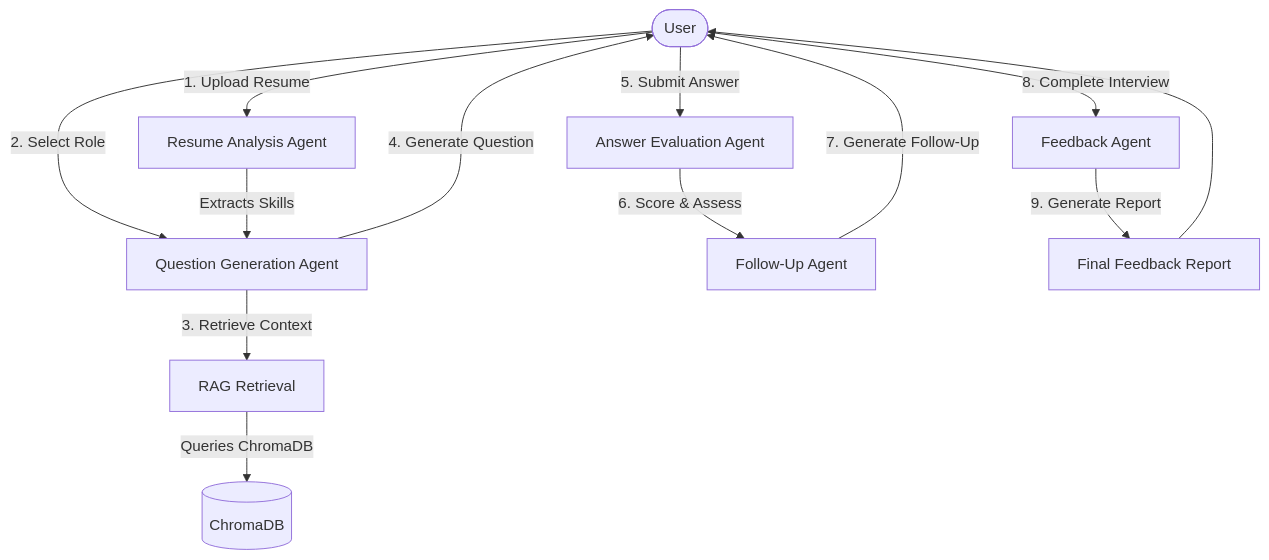
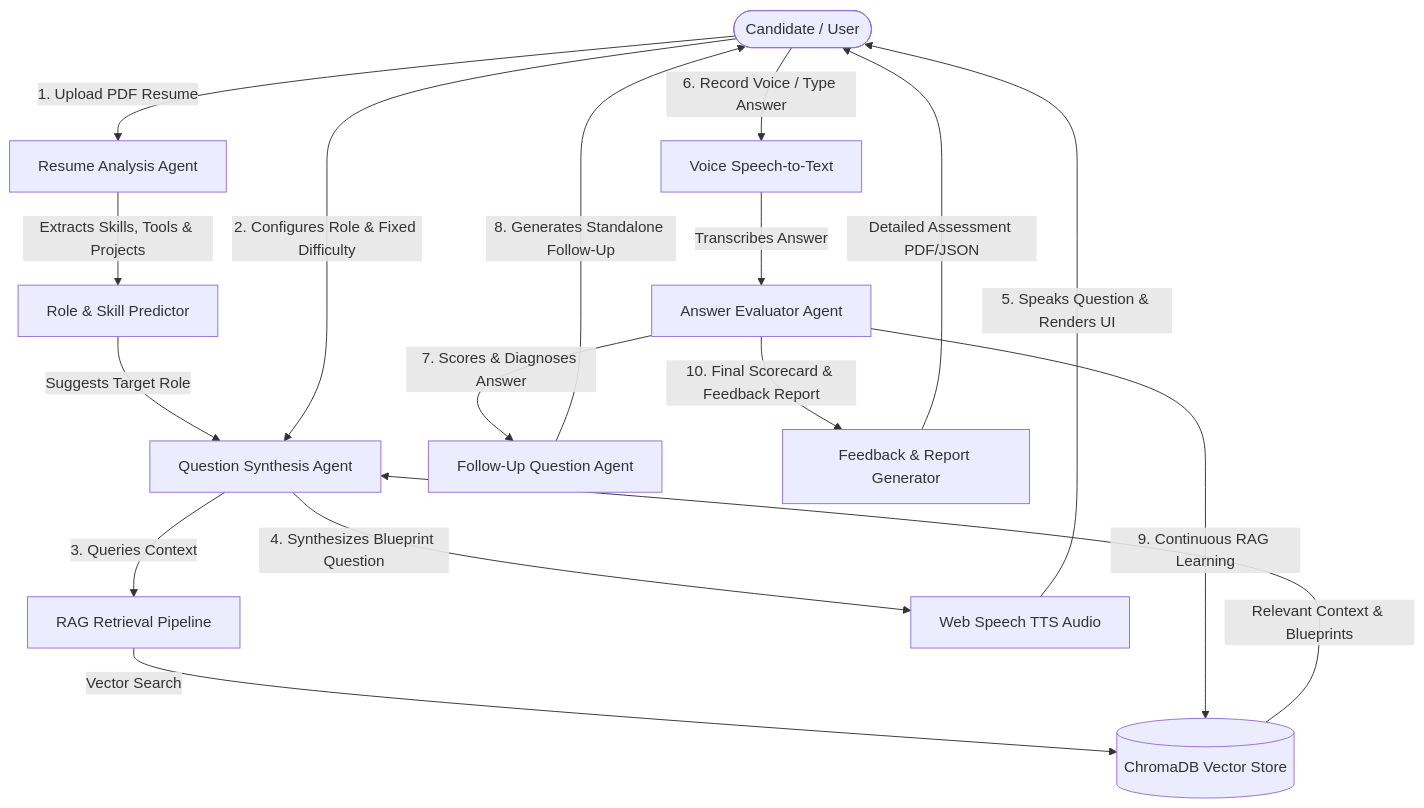
The diagram in README.md (atharva-sunbeam/AI-Smart-Interview-Simulator), drawn with Mermaid before and after one commit. The commit also changed other lines of this file and 1 other file, not shown here.

````diff
--- a/README.md
+++ b/README.md
@@ -7,15 +60,23 @@
 ```mermaid
 graph TD
-    User([User]) -->|1. Upload Resume| ResumeAgent[Resume Analysis Agent]
-    User -->|2. Select Role| QGen[Question Generation Agent]
-    ResumeAgent -->|Extracts Skills| QGen
-    QGen -->|3. Retrieve Context| RAG[RAG Retrieval]
-    RAG -->|Queries ChromaDB| DB[(ChromaDB)]
-    QGen -->|4. Generate Question| User
-    User -->|5. Submit Answer| EvalAgent[Answer Evaluation Agent]
-    EvalAgent -->|6. Score & Assess| FollowUp[Follow-Up Agent]
-    FollowUp -->|7. Generate Follow-Up| User
-    User -->|8. Complete Interview| Feedback[Feedback Agent]
-    Feedback -->|9. Generate Report| Report[Final Feedback Report]
-    Report --> User
+    User([Candidate / User]) -->|1. Upload PDF Resume| ResumeAgent[Resume Analysis Agent]
+    ResumeAgent -->|Extracts Skills, Tools & Projects| RoleCatalog[Role & Skill Predictor]
+    RoleCatalog -->|Suggests Target Role| QGen[Question Synthesis Agent]
+    
+    User -->|2. Configures Role & Fixed Difficulty| QGen
+    QGen -->|3. Queries Context| RAG[RAG Retrieval Pipeline]
+    RAG -->|Vector Search| ChromaDB[(ChromaDB Vector Store)]
+    ChromaDB -->|Relevant Context & Blueprints| QGen
+    
+    QGen -->|4. Synthesizes Blueprint Question| AudioTTS[Web Speech TTS Audio]
+    AudioTTS -->|5. Speaks Question & Renders UI| User
+    
+    User -->|6. Record Voice / Type Answer| VoiceSTT[Voice Speech-to-Text]
+    VoiceSTT -->|Transcribes Answer| EvalAgent[Answer Evaluator Agent]
+    EvalAgent -->|7. Scores & Diagnoses Answer| FollowUp[Follow-Up Question Agent]
+    
+    FollowUp -->|8. Generates Standalone Follow-Up| User
+    EvalAgent -->|9. Continuous RAG Learning| ChromaDB
+    EvalAgent -->|10. Final Scorecard & Feedback Report| Feedback[Feedback & Report Generator]
+    Feedback -->|Detailed Assessment PDF/JSON| User
 ```
````
